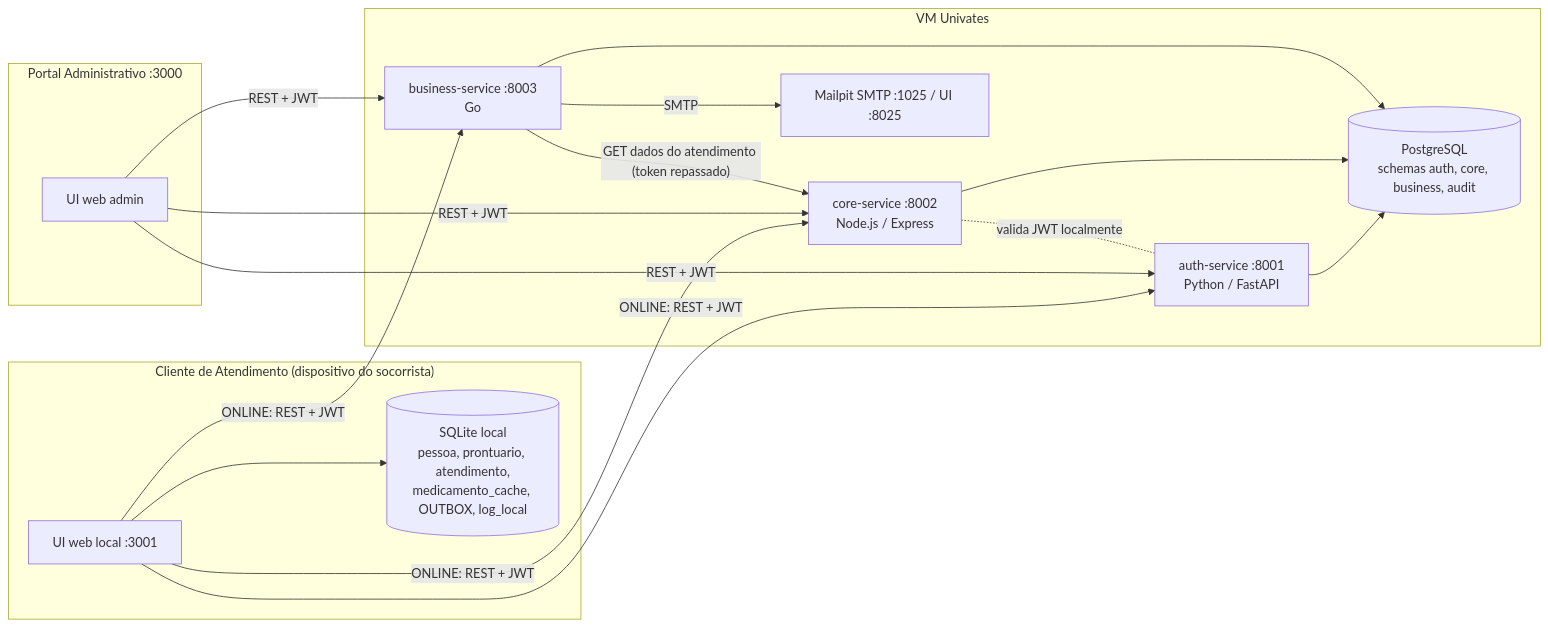
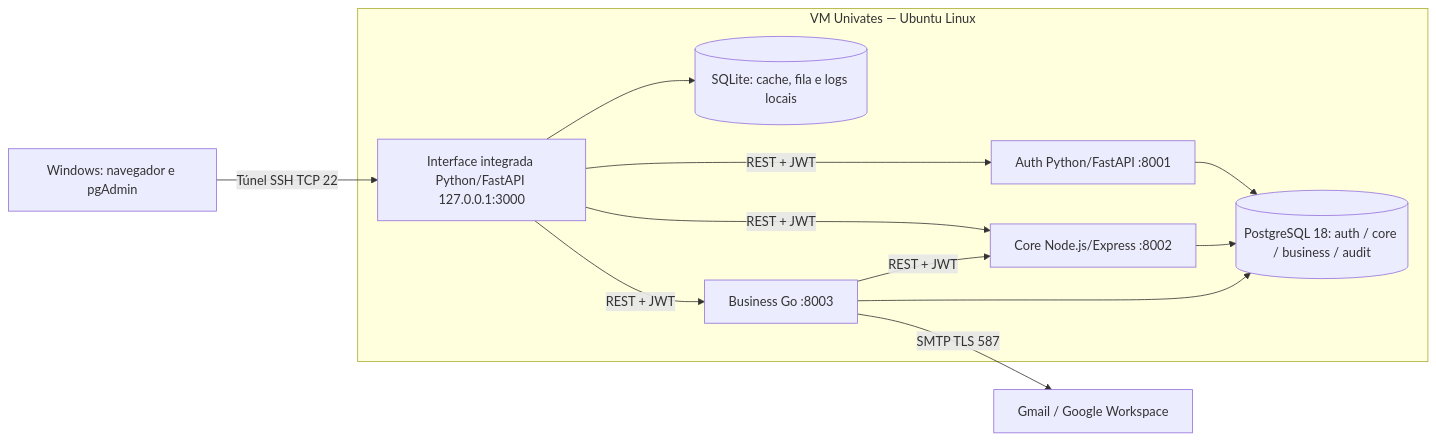
Before and after one commit to duduardo654/medicalfield: the first of 2 diagrams in docs/ARQUITETURA.md, drawn with Mermaid. The commit also changed other lines of this file and 10 other files, not shown here.

````diff
--- a/docs/ARQUITETURA.md
+++ b/docs/ARQUITETURA.md
@@ -5,24 +7,21 @@
 ```mermaid
 flowchart LR
-  subgraph Cliente["Cliente de Atendimento (dispositivo do socorrista)"]
-    UI[UI web local :3001]
-    SQ[(SQLite local<br/>pessoa, prontuario, atendimento,<br/>medicamento_cache, OUTBOX, log_local)]
+  W[Windows: navegador e pgAdmin] -->|Túnel SSH TCP 22| UI
+  subgraph VM[VM Univates — Ubuntu Linux]
+    UI[Interface integrada Python/FastAPI 127.0.0.1:3000]
+    SQ[(SQLite: cache, fila e logs locais)]
+    A[Auth Python/FastAPI :8001]
+    C[Core Node.js/Express :8002]
+    B[Business Go :8003]
+    PG[(PostgreSQL 18: auth / core / business / audit)]
     UI --> SQ
+    UI -->|REST + JWT| A
+    UI -->|REST + JWT| C
+    UI -->|REST + JWT| B
+    B -->|REST + JWT| C
+    A --> PG
+    C --> PG
+    B --> PG
   end
-  subgraph Portal["Portal Administrativo :3000"]
-    PUI[UI web admin]
-  end
-  subgraph VM["VM Univates"]
-    AUTH["auth-service :8001<br/>Python / FastAPI"]
-    CORE["core-service :8002<br/>Node.js / Express"]
-    BIZ["business-service :8003<br/>Go"]
-    PG[(PostgreSQL<br/>schemas auth, core, business, audit)]
-    MAIL[Mailpit SMTP :1025 / UI :8025]
-  end
-  UI -- "ONLINE: REST + JWT" --> AUTH & CORE & BIZ
-  PUI -- "REST + JWT" --> AUTH & CORE & BIZ
-  CORE -. "valida JWT localmente" .- AUTH
-  BIZ -- "GET dados do atendimento (token repassado)" --> CORE
-  BIZ -- SMTP --> MAIL
-  AUTH & CORE & BIZ --> PG
+  B -->|SMTP TLS 587| G[Gmail / Google Workspace]
 ```
````
